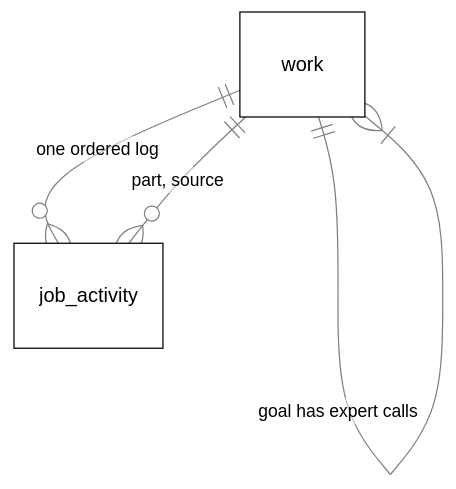
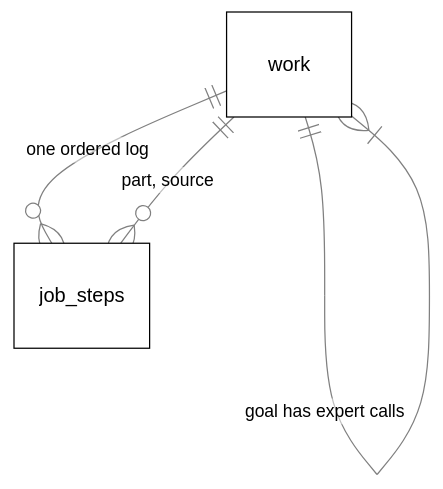
One commit to nadeem4/tagalong changed the third of 10 diagrams in docs/brain.md. Above: the diagram before and after it, drawn with Mermaid. The commit also changed other lines of this file and 4 other files, not shown here.

Commit message:
docs(brain): job steps, resume after restart and work_status (S2b)

````diff
--- a/docs/brain.md
+++ b/docs/brain.md
@@ -424,7 +426,7 @@
 ```mermaid
 %%{init: {"theme": "base", "themeVariables": {"primaryColor": "#ffffff", "primaryTextColor": "#000000", "primaryBorderColor": "#000000", "lineColor": "#808080", "arrowheadColor": "#808080", "secondaryColor": "#f2f2f2", "tertiaryColor": "#ffffff", "clusterBkg": "#f7f7f7", "clusterBorder": "#808080", "edgeLabelBackground": "#ffffff", "titleColor": "#808080", "actorBkg": "#ffffff", "actorBorder": "#000000", "actorTextColor": "#000000", "actorLineColor": "#808080", "signalColor": "#808080", "signalTextColor": "#808080", "sequenceNumberColor": "#ffffff", "labelBoxBkgColor": "#ffffff", "labelBoxBorderColor": "#808080", "labelTextColor": "#000000", "loopTextColor": "#808080", "noteBkgColor": "#f7f7f7", "noteBorderColor": "#808080", "noteTextColor": "#000000", "activationBkgColor": "#f7f7f7", "activationBorderColor": "#808080", "fontFamily": "Segoe UI, Helvetica, Arial, sans-serif"}}}%%
 erDiagram
     work ||--|{ work : "goal has expert calls"
-    work ||--o{ job_activity : "one ordered log"
-    work ||--o{ job_activity : "part, source"
+    work ||--o{ job_steps : "one ordered log"
+    work ||--o{ job_steps : "part, source"
 ```
````
